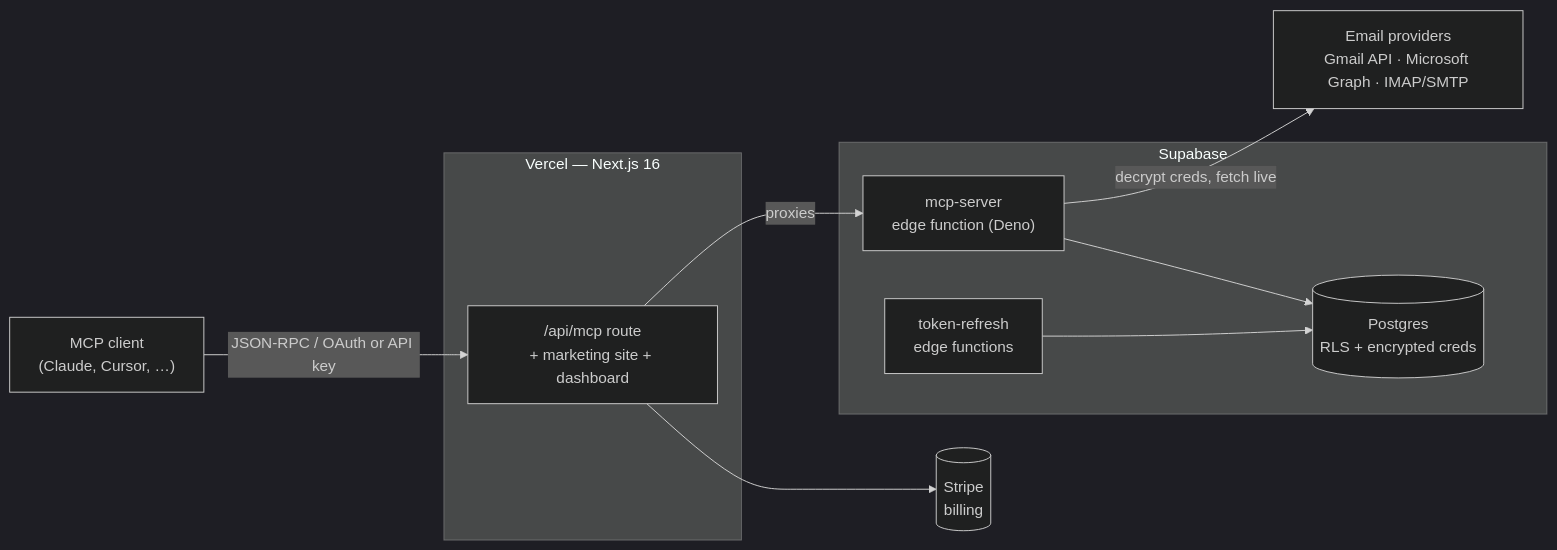
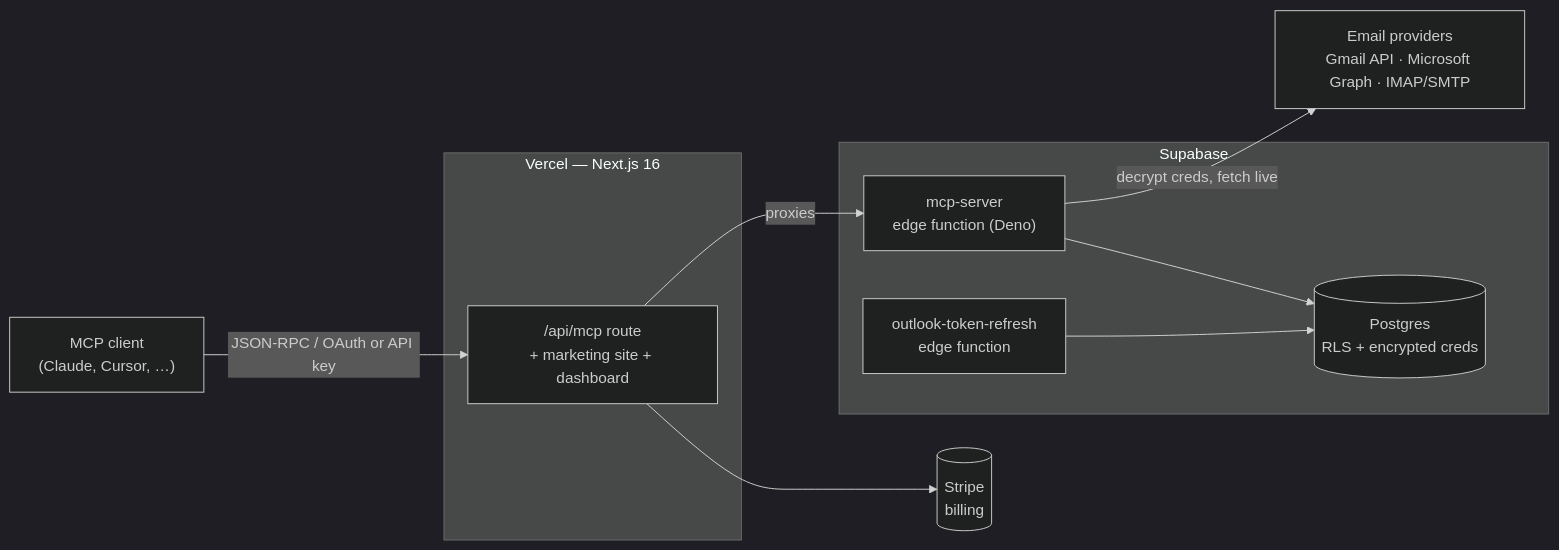
The diagram in README.md (Albretsen/MCPEmails), drawn with Mermaid (dark theme) before and after one commit. The commit also changed other lines of this file and 22 other files, not shown here.

````diff
--- a/README.md
+++ b/README.md
@@ -201,20 +201,20 @@
 ```mermaid
 flowchart LR
     Agent["MCP client<br/>(Claude, Cursor, …)"] -->|"JSON-RPC / OAuth or API key"| Web
 
     subgraph Vercel["Vercel — Next.js 16"]
       Web["/api/mcp route<br/>+ marketing site + dashboard"]
     end
 
     subgraph Supabase
       Edge["mcp-server<br/>edge function (Deno)"]
       DB[("Postgres<br/>RLS + encrypted creds")]
-      Cron["token-refresh<br/>edge functions"]
+      Cron["outlook-token-refresh<br/>edge function"]
     end
 
     Web -->|proxies| Edge
     Edge -->|decrypt creds, fetch live| Providers["Email providers<br/>Gmail API · Microsoft Graph · IMAP/SMTP"]
     Edge --> DB
     Cron --> DB
     Web --> Stripe[("Stripe<br/>billing")]
 ```
````
